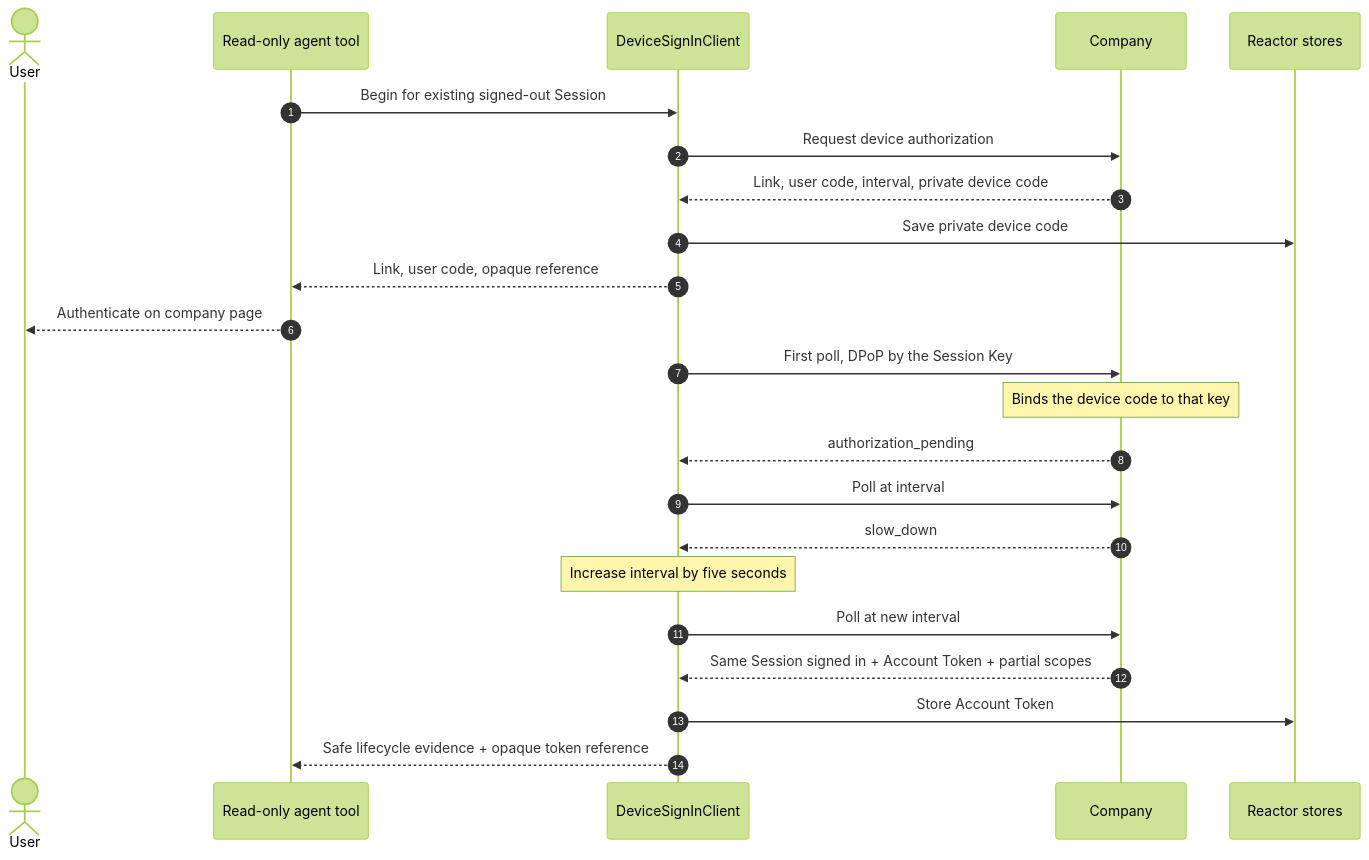
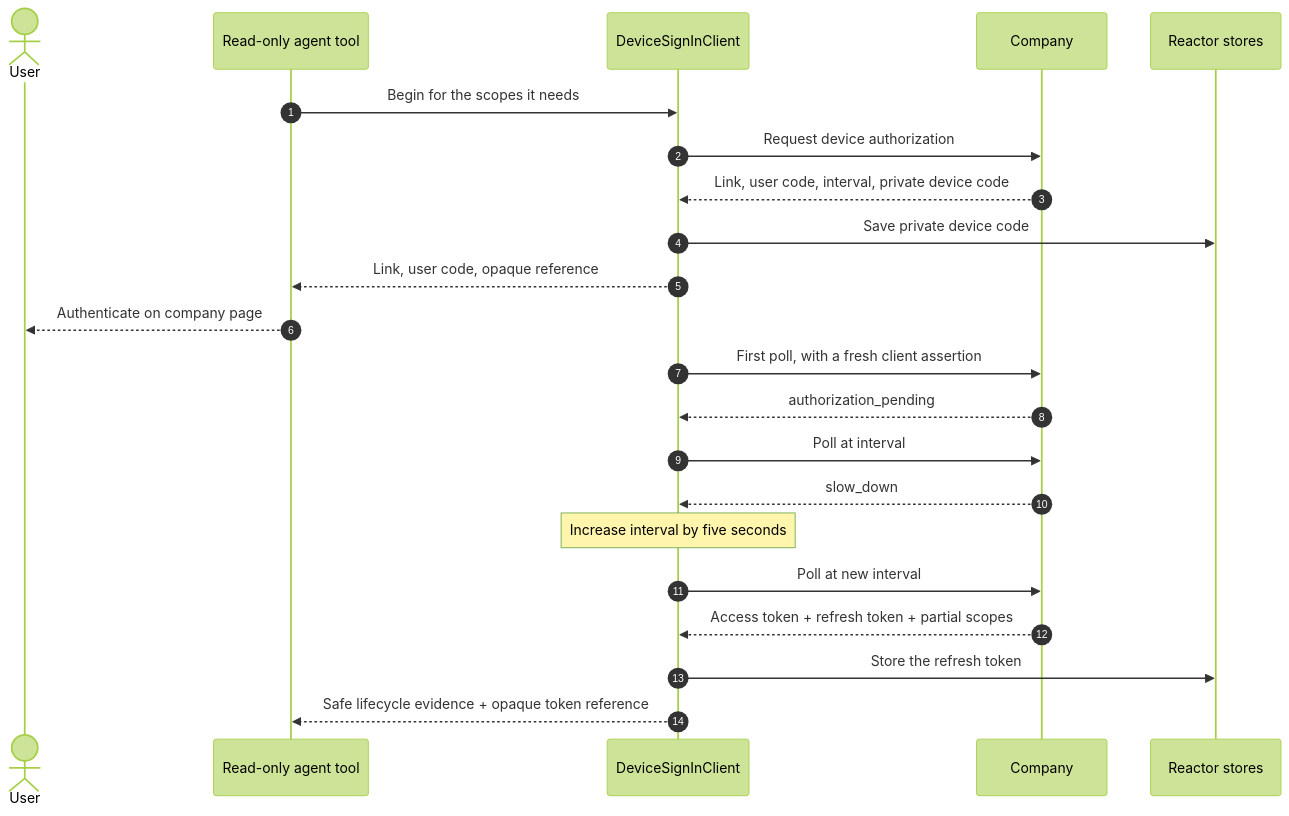
The diagram in docs/docs/examples/device-sign-in.mdx (datalayer/personal-agent-protocol), drawn with Mermaid (forest theme) before and after one commit. The commit also changed other lines of this file and 36 other files, not shown here.

Commit message:
Docs: the example pages and decks at draft 0.3, Sessions as a local sid, refresh tokens, the browser join by /authorize and Operations v2, with the session-jwt, session-transport and delegation decks renamed from their old names

````diff
--- a/docs/docs/examples/device-sign-in.mdx
+++ b/docs/docs/examples/device-sign-in.mdx
@@ -17,25 +17,24 @@
 ```mermaid
 sequenceDiagram
   autonumber
   actor User
   participant Tool as Read-only agent tool
   participant SDK as DeviceSignInClient
   participant Company
   participant Vault as Reactor stores
-  Tool->>SDK: Begin for existing signed-out Session
+  Tool->>SDK: Begin for the scopes it needs
   SDK->>Company: Request device authorization
   Company-->>SDK: Link, user code, interval, private device code
   SDK->>Vault: Save private device code
   SDK-->>Tool: Link, user code, opaque reference
   Tool-->>User: Authenticate on company page
-  SDK->>Company: First poll, DPoP by the Session Key
-  Note over Company: Binds the device code to that key
+  SDK->>Company: First poll, with a fresh client assertion
   Company-->>SDK: authorization_pending
   SDK->>Company: Poll at interval
   Company-->>SDK: slow_down
   Note over SDK: Increase interval by five seconds
   SDK->>Company: Poll at new interval
-  Company-->>SDK: Same Session signed in + Account Token + partial scopes
-  SDK->>Vault: Store Account Token
+  Company-->>SDK: Access token + refresh token + partial scopes
+  SDK->>Vault: Store the refresh token
   SDK-->>Tool: Safe lifecycle evidence + opaque token reference
 ```
````
